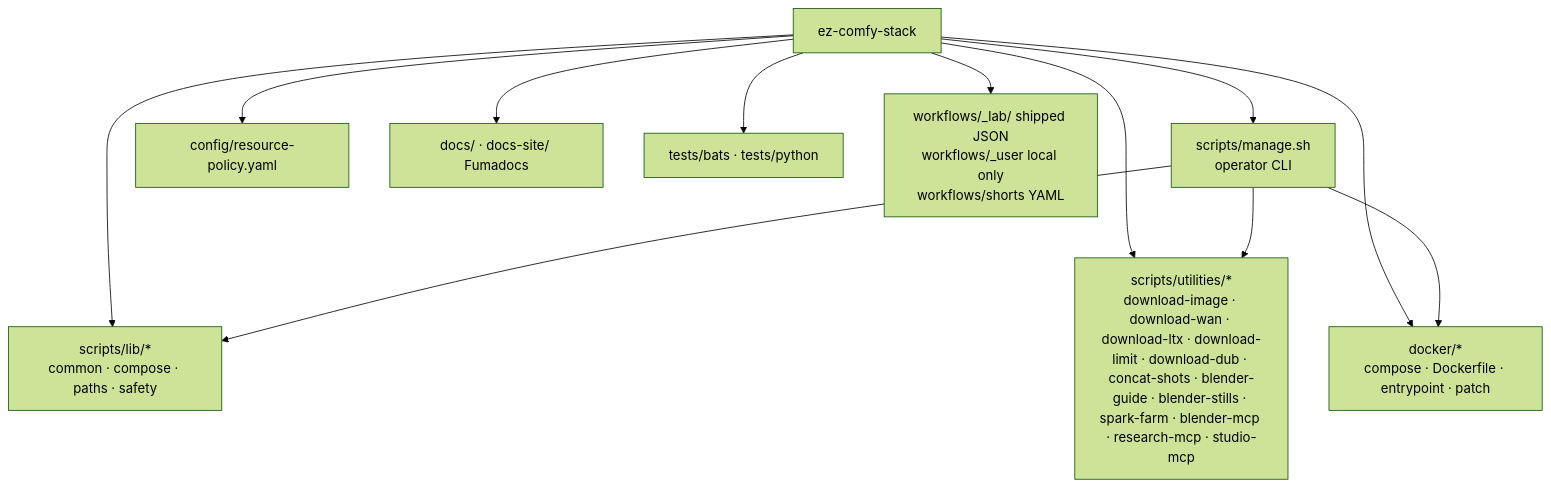
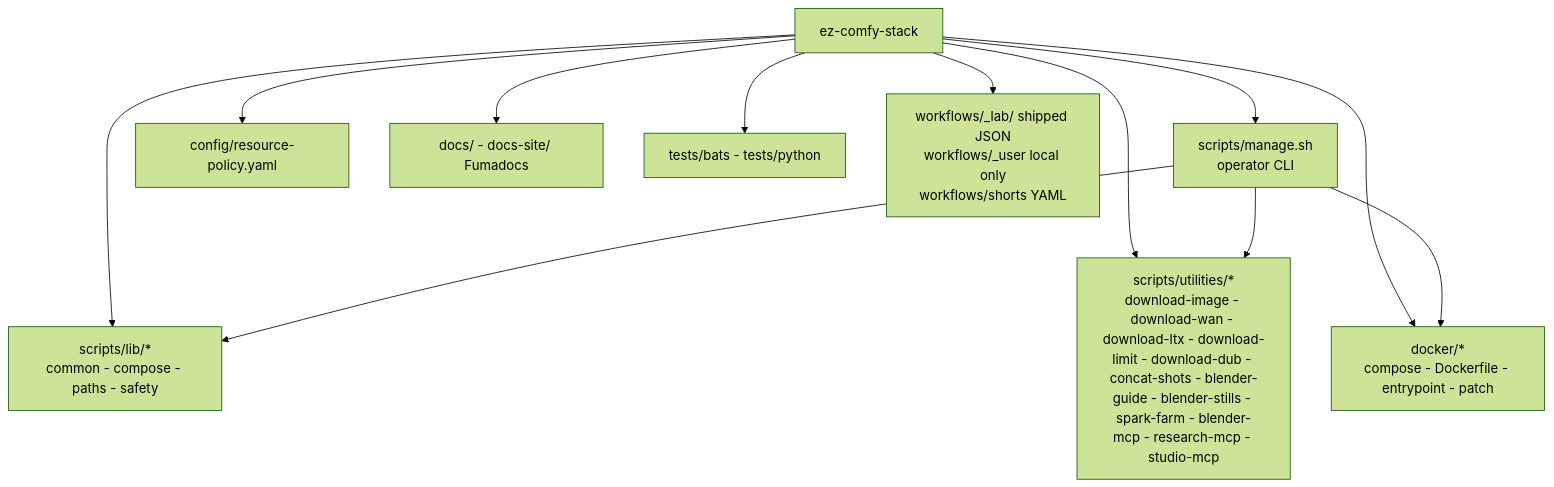
One commit to toxicoder/ez-comfy-stack changed the first of 6 diagrams in docs/project-conventions.md. Above: the diagram before and after it, drawn with Mermaid (forest theme). The commit also changed other lines of this file and 1894 other files, not shown here.

````diff
--- a/docs/project-conventions.md
+++ b/docs/project-conventions.md
@@ -63,15 +63,15 @@
 ```mermaid
 flowchart TB
   Root["ez-comfy-stack"]
   Root --> Manage["scripts/manage.sh<br/>operator CLI"]
-  Root --> Lib["scripts/lib/*<br/>common · compose · paths · safety"]
-  Root --> Util["scripts/utilities/*<br/>download-image · download-wan · download-ltx · download-limit · download-dub · concat-shots · blender-guide · blender-stills · spark-farm · blender-mcp · research-mcp · studio-mcp"]
-  Root --> Docker["docker/*<br/>compose · Dockerfile · entrypoint · patch"]
+  Root --> Lib["scripts/lib/*<br/>common - compose - paths - safety"]
+  Root --> Util["scripts/utilities/*<br/>download-image - download-wan - download-ltx - download-limit - download-dub - concat-shots - blender-guide - blender-stills - spark-farm - blender-mcp - research-mcp - studio-mcp"]
+  Root --> Docker["docker/*<br/>compose - Dockerfile - entrypoint - patch"]
   Root --> Cfg["config/resource-policy.yaml"]
-  Root --> Docs["docs/ · docs-site/ Fumadocs"]
-  Root --> Tests["tests/bats · tests/python"]
+  Root --> Docs["docs/ - docs-site/ Fumadocs"]
+  Root --> Tests["tests/bats - tests/python"]
   Root --> Wf["workflows/_lab/<lane> shipped JSON<br/>workflows/_user local only<br/>workflows/shorts YAML"]
   Manage --> Lib
   Manage --> Util
   Manage --> Docker
 ```
````
